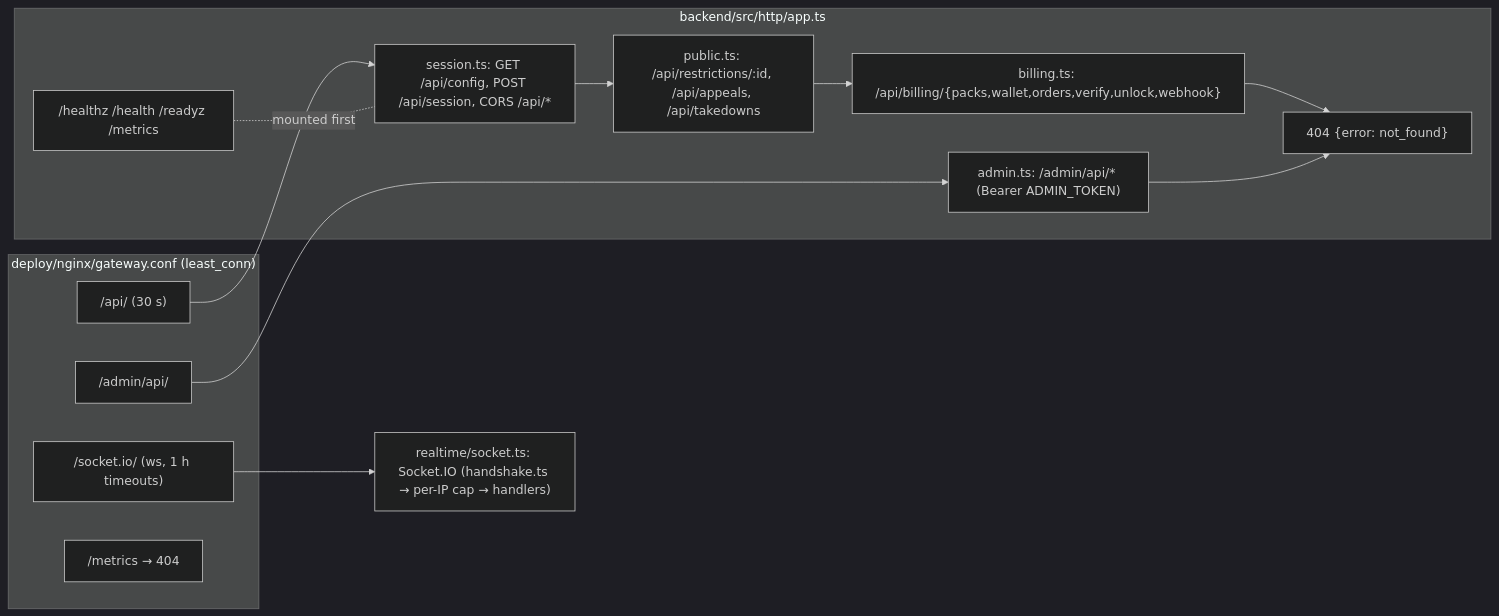
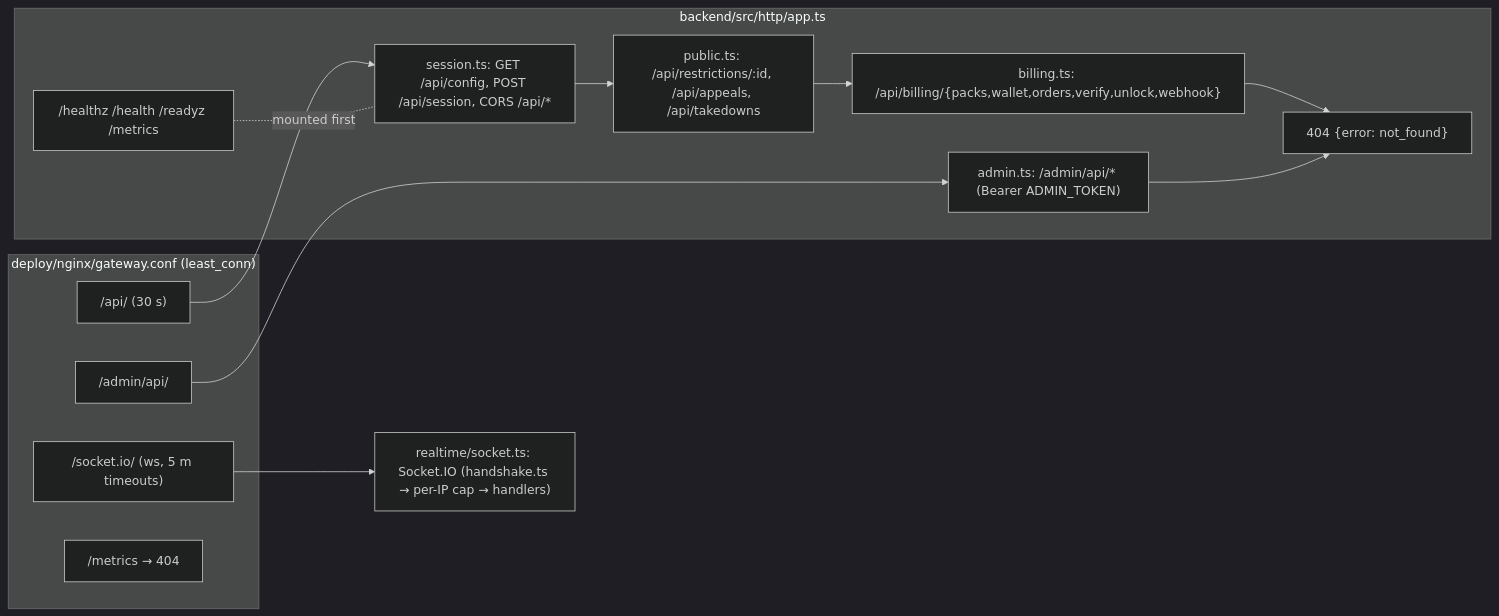
Before and after one commit to yashs33244/Omegle_with_stun: the ninth of 10 diagrams in docs/PROTOCOL.md, drawn with Mermaid (dark theme). The commit also changed other lines of this file and 11 other files, not shown here.

````diff
--- a/docs/PROTOCOL.md
+++ b/docs/PROTOCOL.md
@@ -444,22 +444,22 @@
 ```mermaid
 flowchart LR
     subgraph gateway["deploy/nginx/gateway.conf (least_conn)"]
-        G1["/socket.io/ (ws, 1 h timeouts)"]
+        G1["/socket.io/ (ws, 5 m timeouts)"]
         G2["/api/ (30 s)"]
         G3["/admin/api/"]
         G4["/metrics → 404"]
     end
     subgraph app["backend/src/http/app.ts"]
         H["/healthz /health /readyz /metrics"]
         SR["session.ts: GET /api/config, POST /api/session, CORS /api/*"]
         PR["public.ts: /api/restrictions/:id, /api/appeals, /api/takedowns"]
         BR["billing.ts: /api/billing/{packs,wallet,orders,verify,unlock,webhook}"]
         AR["admin.ts: /admin/api/* (Bearer ADMIN_TOKEN)"]
         NF["404 {error: not_found}"]
     end
     SIO["realtime/socket.ts: Socket.IO (handshake.ts → per-IP cap → handlers)"]
     G1 --> SIO
     G2 --> SR --> PR --> BR --> NF
     G3 --> AR --> NF
     H -.mounted first.- SR
 ```
````
